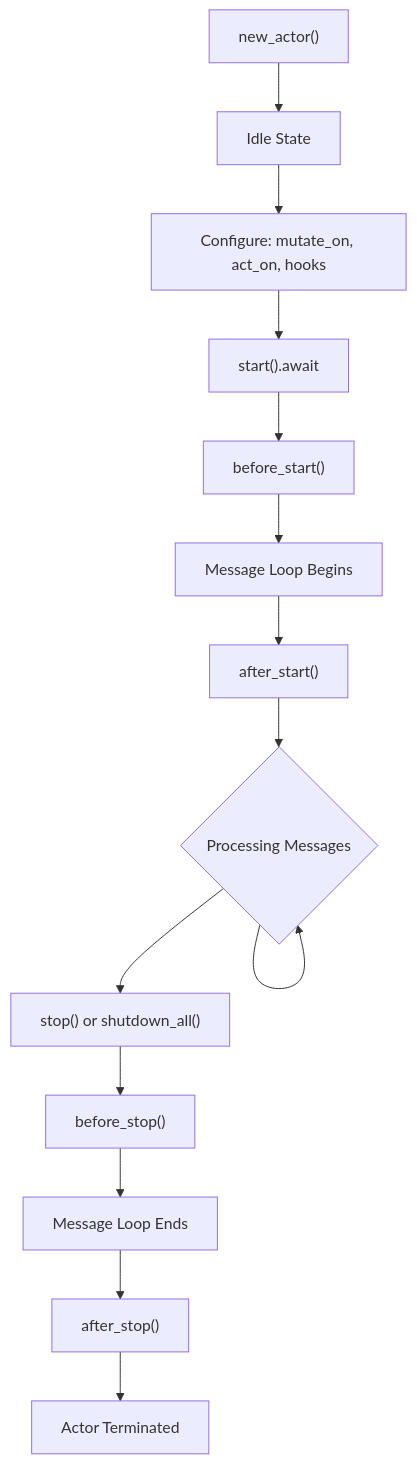
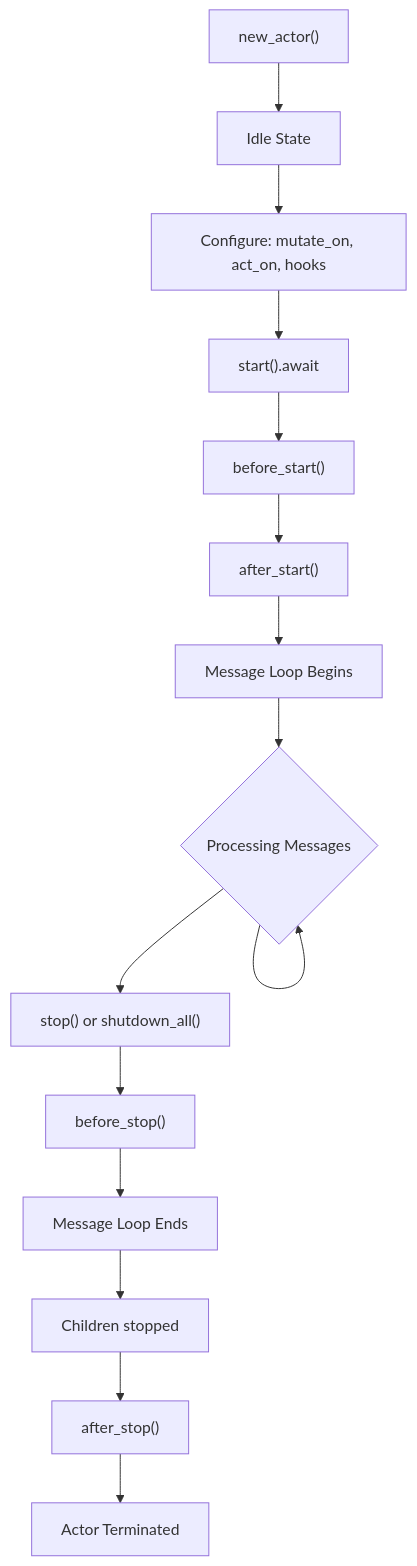
Before and after one commit to Govcraft/acton-reactive: the first of 4 diagrams in acton-docs-site/src/app/docs/actor-lifecycle/page.md, drawn with Mermaid. The commit also changed other lines of this file and 28 other files, not shown here.

````diff
--- a/acton-docs-site/src/app/docs/actor-lifecycle/page.md
+++ b/acton-docs-site/src/app/docs/actor-lifecycle/page.md
@@ -15,16 +15,17 @@
 ```mermaid
 flowchart TD
     A["new_actor()"] --> B["Idle State"]
     B --> C["Configure: mutate_on, act_on, hooks"]
     C --> D["start().await"]
     D --> E["before_start()"]
-    E --> F["Message Loop Begins"]
-    F --> G["after_start()"]
+    E --> F["after_start()"]
+    F --> G["Message Loop Begins"]
     G --> H{"Processing Messages"}
     H --> H
     H --> I["stop() or shutdown_all()"]
     I --> J["before_stop()"]
     J --> K["Message Loop Ends"]
-    K --> L["after_stop()"]
-    L --> M["Actor Terminated"]
+    K --> L["Children stopped"]
+    L --> M["after_stop()"]
+    M --> N["Actor Terminated"]
 ```
````
